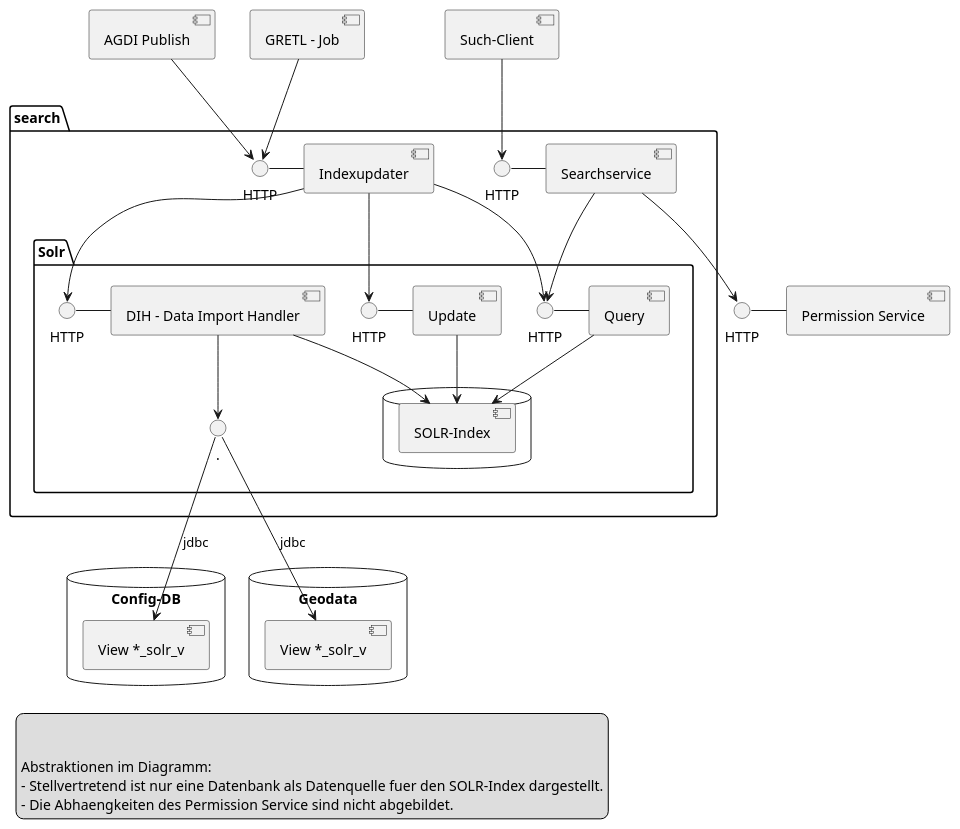
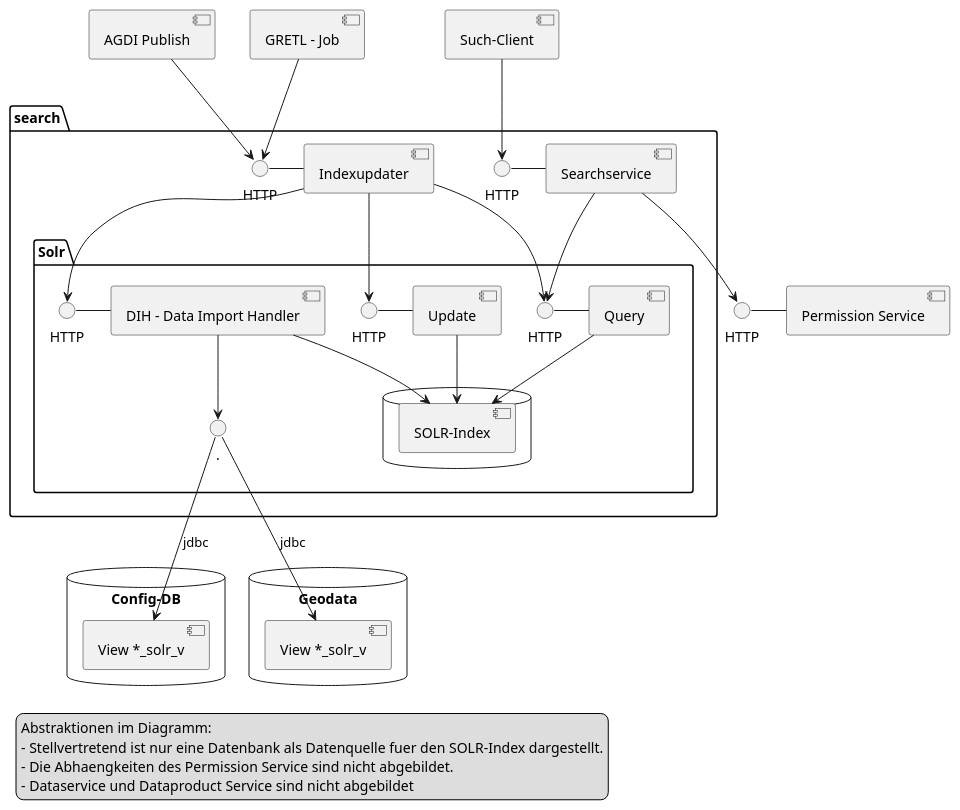
Before and after one commit to bjsvwcur/components: the diagram in diagrams/api_search.puml, drawn with PlantUML. The commit also changed 3 other files, not shown here.

```diff
--- a/diagrams/api_search.puml
+++ b/diagrams/api_search.puml
@@ -1,74 +1,73 @@
 @startuml
 [Permission Service] as ps
 () HTTP as psi
 psi - ps
  
 database "Config-DB" {
   [View *_solr_v] as config_v
 }
 
 database "Geodata" {
   [View *_solr_v] as data_v
 }
 
 package "search" {
 
   package "Solr" {
     together {
       [DIH - Data Import Handler] as dih
       () HTTP as dihi   
       dihi - dih 
     }
     
     () . as h1
     
     dih --> h1
     h1 --> config_v : jdbc
     h1 --> data_v : jdbc
 
     together {
       [Update] as uh
       () HTTP as uhi
       uhi - uh
     }
     
     together {
       () HTTP as qi    
       [Query] as q
       qi - q
     }
     
     database {
       [SOLR-Index] as si
     }
     dih --> si
     uh --> si
     q --> si
   }
 
   [Searchservice] as ss
   () HTTP as ssi
   ssi - ss
   ss --> qi
   ss --> psi
 
   [Indexupdater] as iu
   () HTTP as iui
   iui - iu
   iu --> uhi
   iu --> dihi
   iu --> qi
 }
 
 [AGDI Publish] --> iui
 [GRETL - Job] --> iui
 [Such-Client] --> ssi
 
 legend bottom left
-
-  
   Abstraktionen im Diagramm:
   - Stellvertretend ist nur eine Datenbank als Datenquelle fuer den SOLR-Index dargestellt.
   - Die Abhaengkeiten des Permission Service sind nicht abgebildet.
+  - Dataservice und Dataproduct Service sind nicht abgebildet
 endlegend
 @enduml
```
